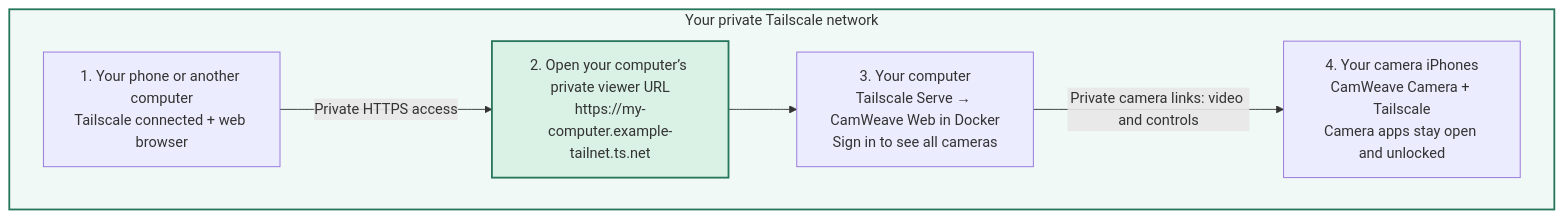
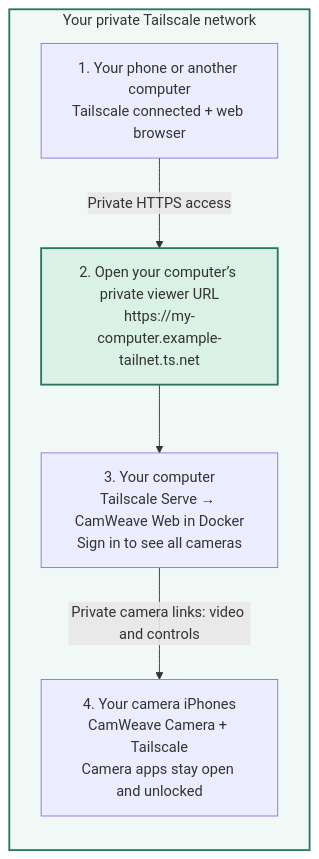
The diagram in README.md (camweave-project/camweave-web), drawn with Mermaid before and after one commit.

Commit message:
Keep setup diagram vertical for readable labels

````diff
--- a/README.md
+++ b/README.md
@@ -64,14 +64,15 @@
 ```mermaid
 flowchart TB
   subgraph privateNet["Your private Tailscale network"]
+    direction TB
     viewer["1. Your phone or another computer<br/>Tailscale connected + web browser"]
     address["2. Open your computer’s private viewer URL<br/>https://my-computer.example-tailnet.ts.net"]
     web["3. Your computer<br/>Tailscale Serve → CamWeave Web in Docker<br/>Sign in to see all cameras"]
     cameras["4. Your camera iPhones<br/>CamWeave Camera + Tailscale<br/>Camera apps stay open and unlocked"]
     viewer -->|"Private HTTPS access"| address
     address --> web
     web -->|"Private camera links: video and controls"| cameras
   end
   style privateNet fill:#f0f9f5,stroke:#28765b,stroke-width:2px
   style address fill:#d9f2e5,stroke:#28765b,stroke-width:2px
 ```
````
